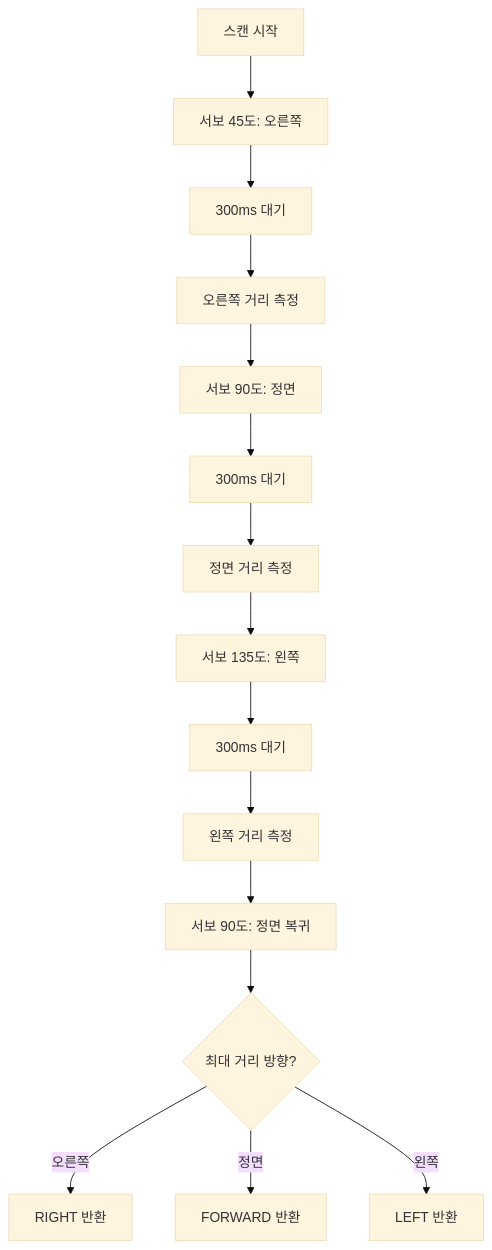
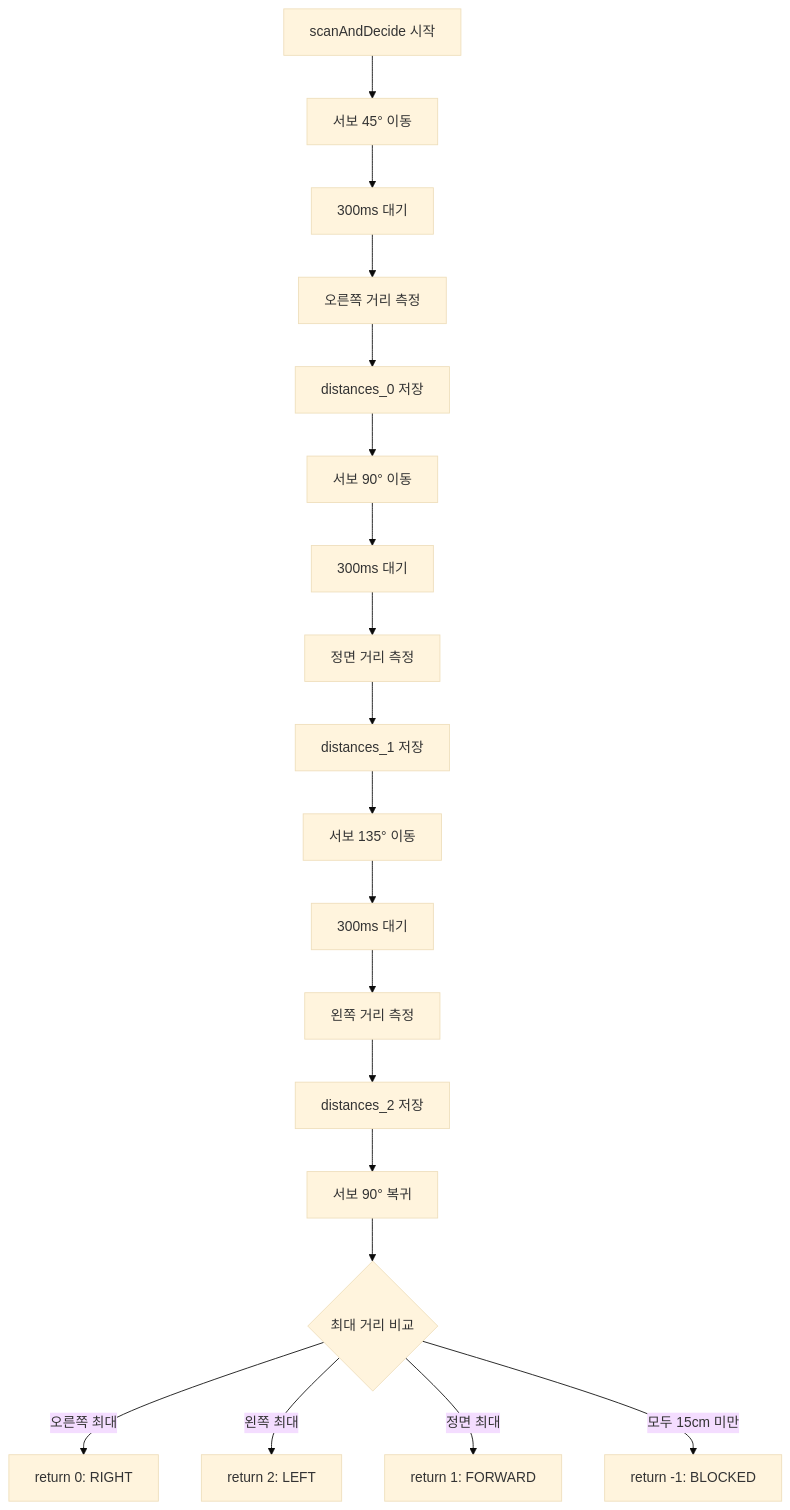
One commit to Collegenie-X/Arduino_AutoPlot changed diagram 11 of 20 in document/algorithms_flowchart.md. Above: the diagram before and after it, drawn with Mermaid (base theme). The commit also changed other lines of this file and 3 other files, not shown here.

````diff
--- a/document/algorithms_flowchart.md
+++ b/document/algorithms_flowchart.md
@@ -213,17 +304,25 @@
 ```mermaid
 flowchart TD
-    A[스캔 시작] --> B[서보 45도: 오른쪽]
+    A[scanAndDecide 시작] --> B[서보 45° 이동]
     B --> C[300ms 대기]
     C --> D[오른쪽 거리 측정]
-    D --> E[서보 90도: 정면]
-    E --> F[300ms 대기]
-    F --> G[정면 거리 측정]
-    G --> H[서보 135도: 왼쪽]
-    H --> I[300ms 대기]
-    I --> J[왼쪽 거리 측정]
-    J --> K[서보 90도: 정면 복귀]
-    K --> L{최대 거리 방향?}
-    L -->|오른쪽| M[RIGHT 반환]
-    L -->|정면| N[FORWARD 반환]
-    L -->|왼쪽| O[LEFT 반환]
+    D --> E[distances_0 저장]
+    
+    E --> F[서보 90° 이동]
+    F --> G[300ms 대기]
+    G --> H[정면 거리 측정]
+    H --> I[distances_1 저장]
+    
+    I --> J[서보 135° 이동]
+    J --> K[300ms 대기]
+    K --> L[왼쪽 거리 측정]
+    L --> M[distances_2 저장]
+    
+    M --> N[서보 90° 복귀]
+    N --> O{최대 거리 비교}
+    
+    O -->|오른쪽 최대| P[return 0: RIGHT]
+    O -->|왼쪽 최대| Q[return 2: LEFT]
+    O -->|정면 최대| R[return 1: FORWARD]
+    O -->|모두 15cm 미만| S[return -1: BLOCKED]
 ```
````
